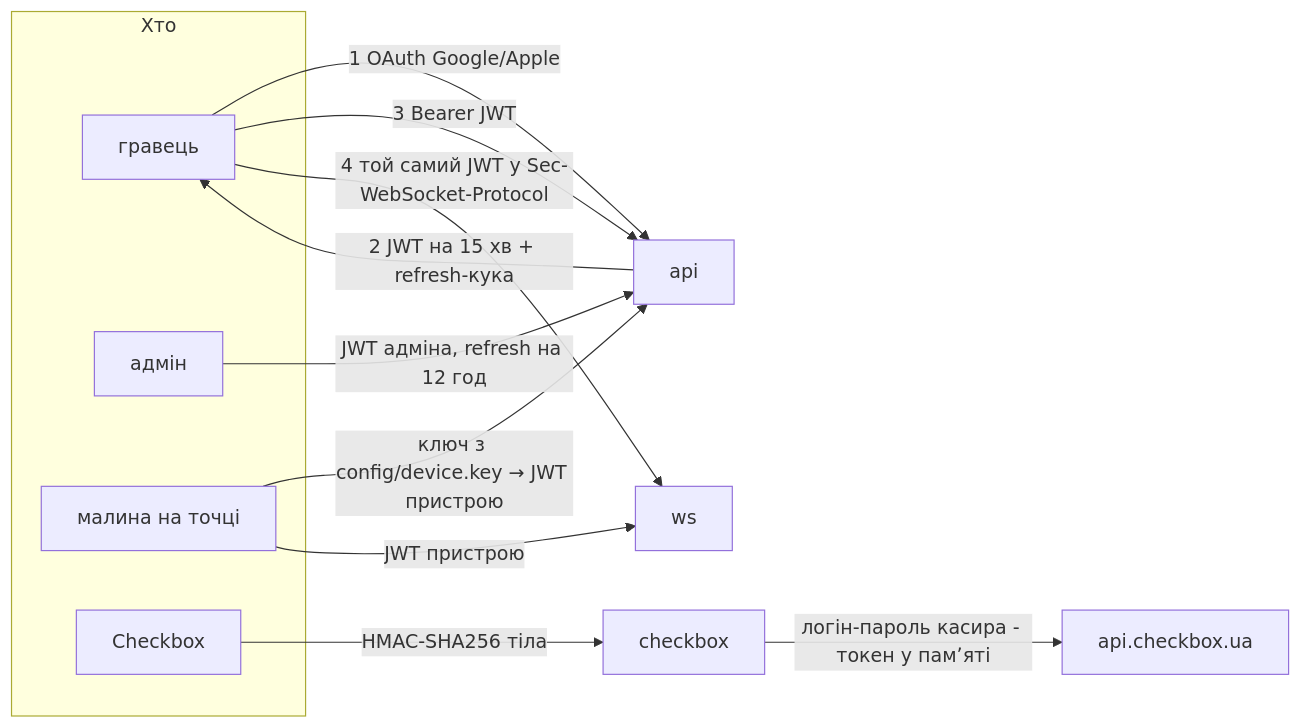
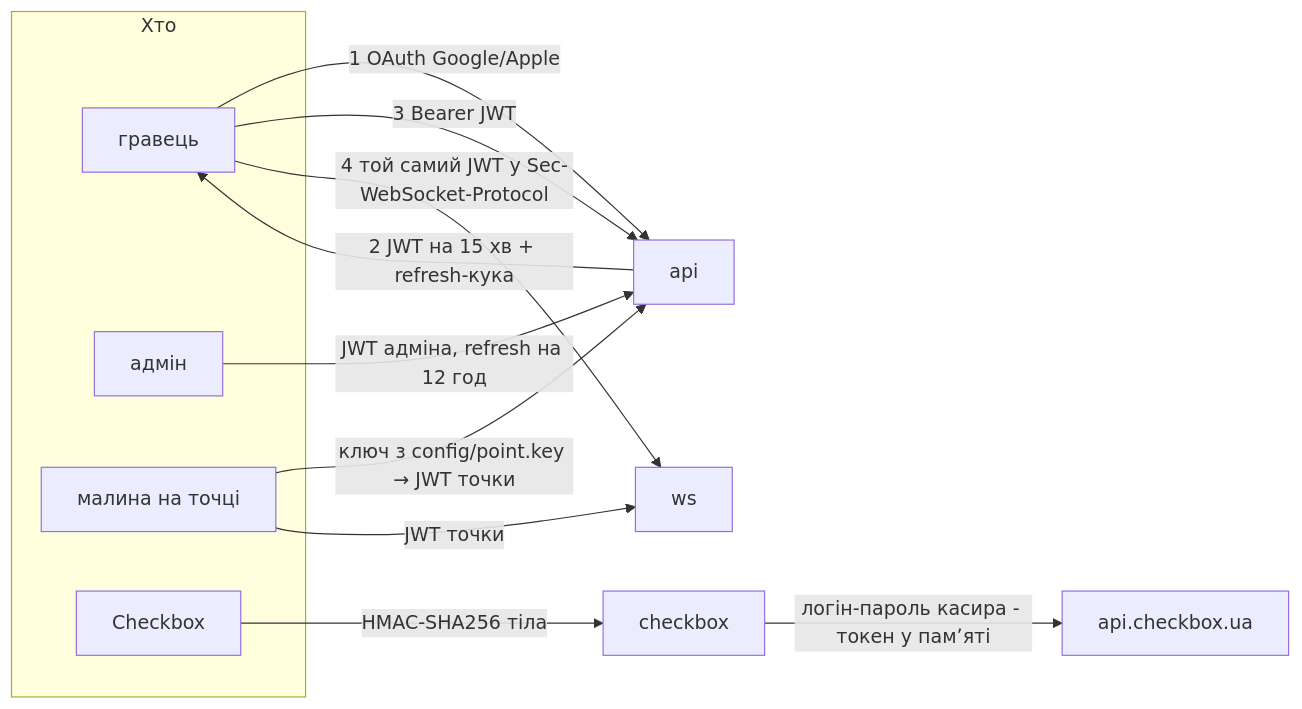
The second of 2 diagrams in docs/services.md (arsengoian/extrovert.cafe), drawn with Mermaid before and after one commit. The commit also changed other lines of this file and 13 other files, not shown here.

````diff
--- a/docs/services.md
+++ b/docs/services.md
@@ -142,19 +152,19 @@
 ```mermaid
 graph LR
     subgraph who["Хто"]
         P["гравець"]
         A["адмін"]
         K["малина на точці"]
         CBX["Checkbox"]
     end
 
     P -->|"1 OAuth Google/Apple"| API1["api"]
     API1 -->|"2 JWT на 15 хв + refresh-кука"| P
     P -->|"3 Bearer JWT"| API1
     P -->|"4 той самий JWT у Sec-WebSocket-Protocol"| WS1["ws"]
     A -->|"JWT адміна, refresh на 12 год"| API1
-    K -->|"ключ з config/device.key → JWT пристрою"| API1
-    K -->|"JWT пристрою"| WS1
+    K -->|"ключ з config/point.key → JWT точки"| API1
+    K -->|"JWT точки"| WS1
     CBX -->|"HMAC-SHA256 тіла"| CB1["checkbox"]
     CB1 -->|"логін-пароль касира - токен у памʼяті"| CBAPI1["api.checkbox.ua"]
 ```
````
